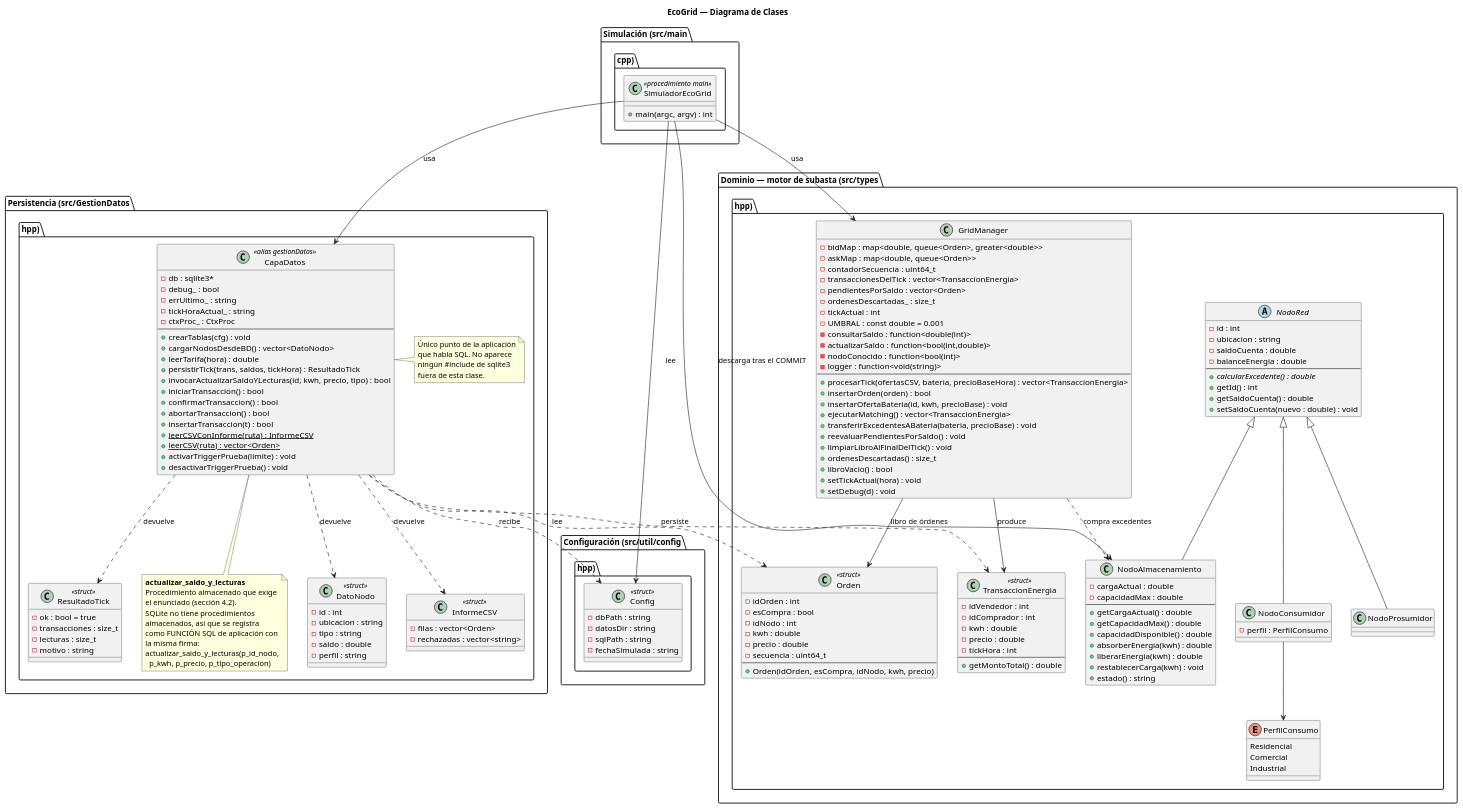
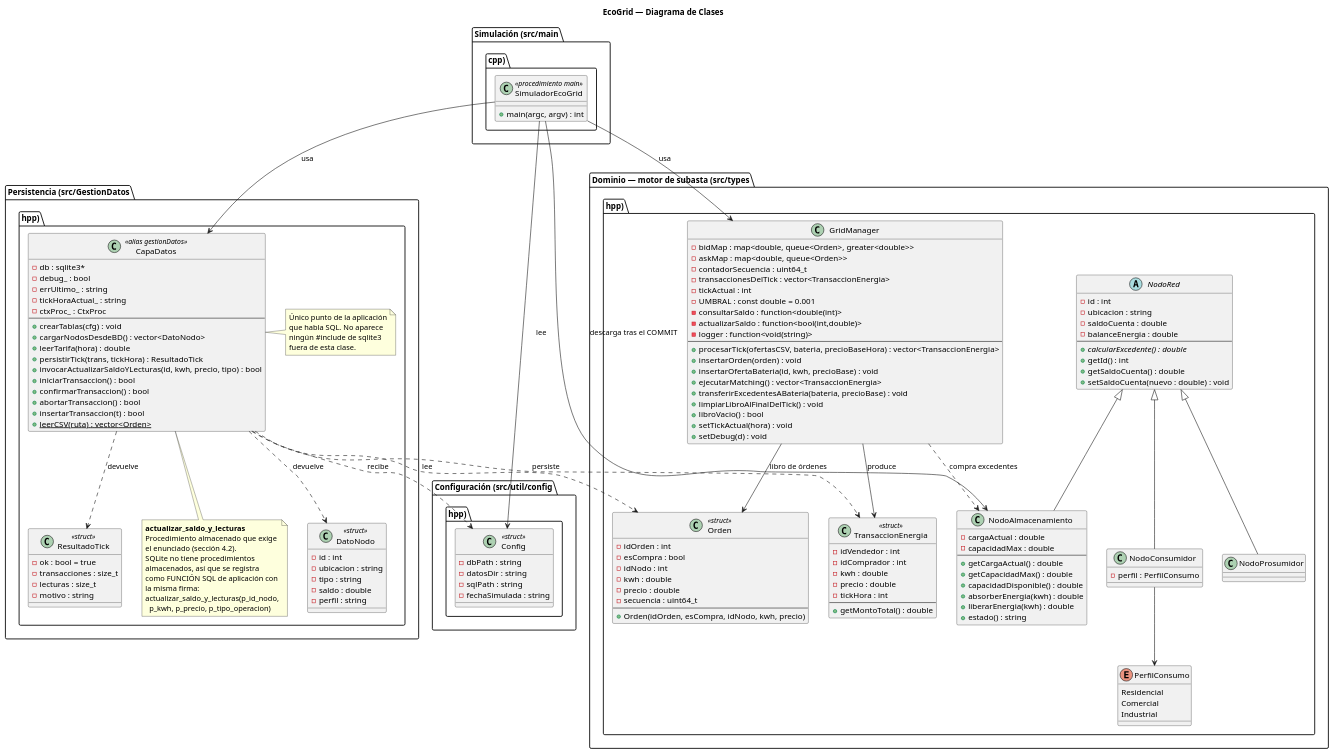
The diagram in docs/diagrama_clases.puml (alepiumetti/trabajo-final-doo-2026), drawn with PlantUML before and after one commit. The commit also changed 10 other files, not shown here.

```diff
--- a/docs/diagrama_clases.puml
+++ b/docs/diagrama_clases.puml
@@ -55,7 +55,6 @@
     + capacidadDisponible() : double
     + absorberEnergia(kwh) : double
     + liberarEnergia(kwh) : double
-    + restablecerCarga(kwh) : void
     + estado() : string
   }
 
@@ -80,23 +79,18 @@
     - askMap : map<double, queue<Orden>>
     - contadorSecuencia : uint64_t
     - transaccionesDelTick : vector<TransaccionEnergia>
-    - pendientesPorSaldo : vector<Orden>
-    - ordenesDescartadas_ : size_t
     - tickActual : int
     - UMBRAL : const double = 0.001
     - consultarSaldo : function<double(int)>
     - actualizarSaldo : function<bool(int,double)>
-    - nodoConocido : function<bool(int)>
     - logger : function<void(string)>
     --
     + procesarTick(ofertasCSV, bateria, precioBaseHora) : vector<TransaccionEnergia>
-    + insertarOrden(orden) : bool
+    + insertarOrden(orden) : void
     + insertarOfertaBateria(id, kwh, precioBase) : void
     + ejecutarMatching() : vector<TransaccionEnergia>
     + transferirExcedentesABateria(bateria, precioBase) : void
-    + reevaluarPendientesPorSaldo() : void
     + limpiarLibroAlFinalDelTick() : void
-    + ordenesDescartadas() : size_t
     + libroVacio() : bool
     + setTickActual(hora) : void
     + setDebug(d) : void
@@ -123,16 +117,13 @@
     + crearTablas(cfg) : void
     + cargarNodosDesdeBD() : vector<DatoNodo>
     + leerTarifa(hora) : double
-    + persistirTick(trans, saldos, tickHora) : ResultadoTick
+    + persistirTick(trans, tickHora) : ResultadoTick
     + invocarActualizarSaldoYLecturas(id, kwh, precio, tipo) : bool
     + iniciarTransaccion() : bool
     + confirmarTransaccion() : bool
     + abortarTransaccion() : bool
     + insertarTransaccion(t) : bool
-    + {static} leerCSVConInforme(ruta) : InformeCSV
     + {static} leerCSV(ruta) : vector<Orden>
-    + activarTriggerPrueba(limite) : void
-    + desactivarTriggerPrueba() : void
   }
 
   class DatoNodo <<struct>> {
@@ -141,11 +132,6 @@
     - tipo : string
     - saldo : double
     - perfil : string
-  }
-
-  class InformeCSV <<struct>> {
-    - filas : vector<Orden>
-    - rechazadas : vector<string>
   }
 
   class ResultadoTick <<struct>> {
@@ -176,7 +162,6 @@
 
   CapaDatos ..> ResultadoTick : devuelve
   CapaDatos ..> DatoNodo : devuelve
-  CapaDatos ..> InformeCSV : devuelve
   CapaDatos ..> Orden : lee
 }
 
```
